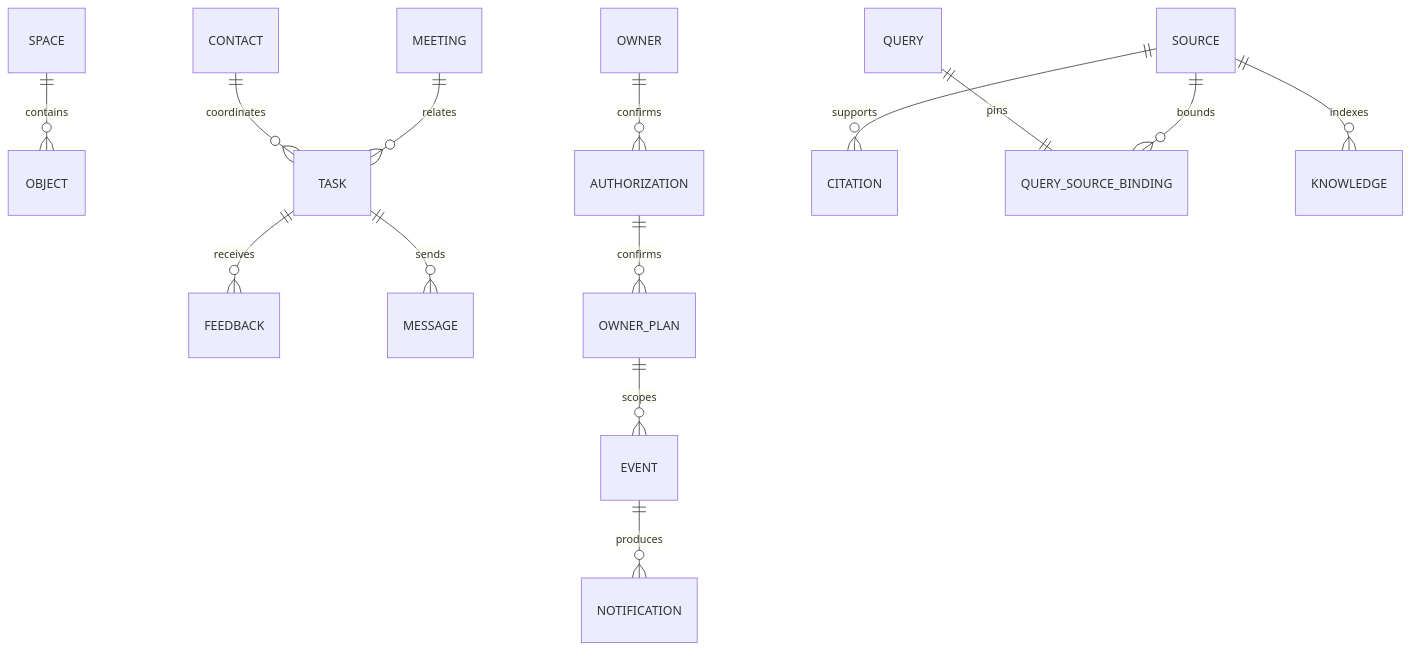
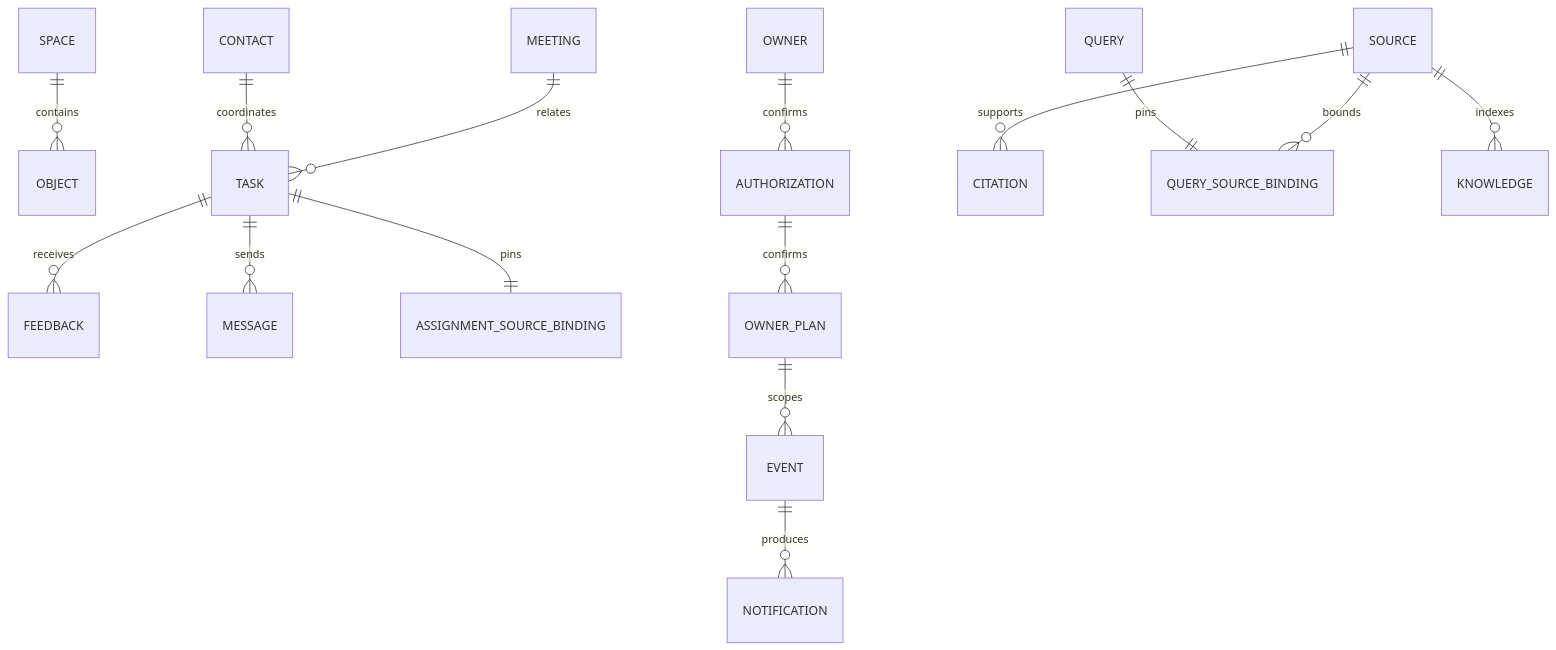
Before and after one commit to LIUgongxi2046/Boss-Agent: the first of 2 diagrams in docs/LLD-data.md, drawn with Mermaid. The commit also changed other lines of this file and 16 other files, not shown here.

Commit message:
Validate tool authorization and bind assignment source adoption

````diff
--- a/docs/LLD-data.md
+++ b/docs/LLD-data.md
@@ -21,16 +21,17 @@
 ```mermaid
 erDiagram
   SPACE ||--o{ OBJECT : contains
   OWNER ||--o{ AUTHORIZATION : confirms
   CONTACT ||--o{ TASK : coordinates
   MEETING ||--o{ TASK : relates
   TASK ||--o{ FEEDBACK : receives
   TASK ||--o{ MESSAGE : sends
+  TASK ||--|| ASSIGNMENT_SOURCE_BINDING : pins
   SOURCE ||--o{ CITATION : supports
   QUERY ||--|| QUERY_SOURCE_BINDING : pins
   SOURCE ||--o{ QUERY_SOURCE_BINDING : bounds
   SOURCE ||--o{ KNOWLEDGE : indexes
   OWNER_PLAN ||--o{ EVENT : scopes
   EVENT ||--o{ NOTIFICATION : produces
   AUTHORIZATION ||--o{ OWNER_PLAN : confirms
 ```
````
